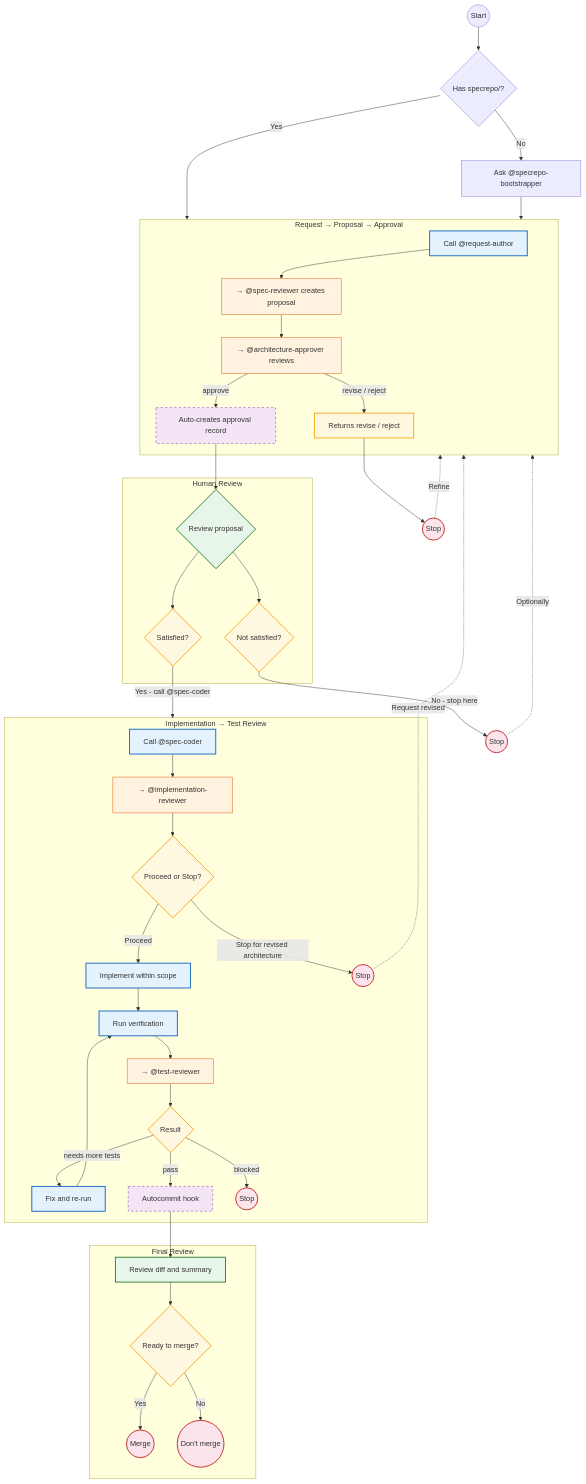
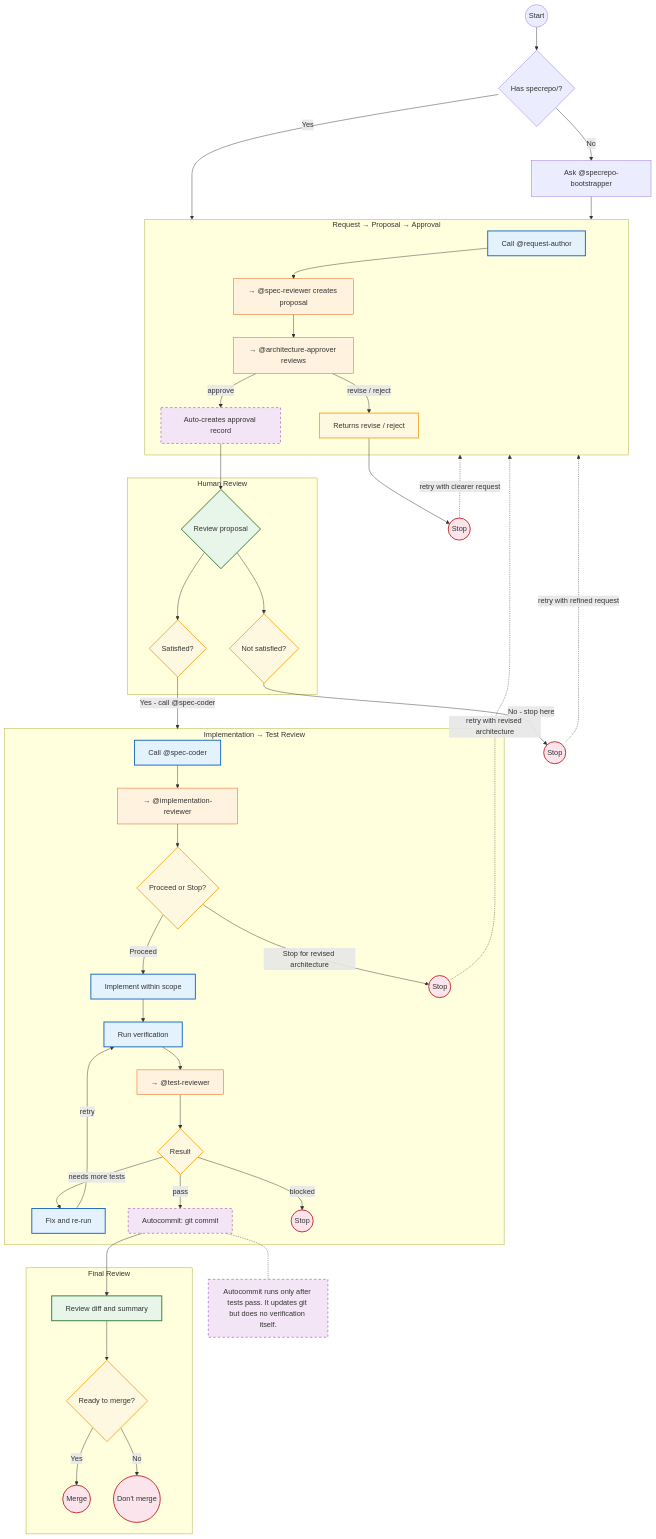
One commit to brandon-benge/opencode-config changed the diagram in feature-development-lifecycle.mmd. Above: the diagram before and after it, drawn with Mermaid. The commit also changed 1 other file, not shown here.

Commit message:
feat(diagrams): clarify autocommit as git-only and add retry loop labels
- Renamed Autocommit node to 'Autocommit: git commit' and added a note
  explaining it runs only after tests pass but does no verification itself.
- Added 'retry' labels on the FixTests -> Verify edge and all stop-to-restart
  paths.
- Updated feature-development.md step tables and best practices to describe
  the retry loop and autocommit's git-only behavior.

```diff
--- a/feature-development-lifecycle.mmd
+++ b/feature-development-lifecycle.mmd
@@ -1,82 +1,85 @@
 graph TD
     classDef human fill:#e8f5e9,stroke:#2e7d32,stroke-width:2px
     classDef primary fill:#e3f2fd,stroke:#1565c0,stroke-width:2px
     classDef subagent fill:#fff3e0,stroke:#e65100,stroke-width:1px
     classDef auto fill:#f3e5f5,stroke:#7b1fa2,stroke-width:1px,stroke-dasharray:5 5
     classDef decision fill:#fff8e1,stroke:#f9a825,stroke-width:2px
     classDef terminal fill:#fce4ec,stroke:#c62828,stroke-width:2px
 
     Start((Start)) --> HasSpecRepo{Has specrepo/?}
     HasSpecRepo -->|No| Bootstrap[Ask @specrepo-bootstrapper]
     HasSpecRepo -->|Yes| RequestPhase
 
     Bootstrap --> RequestPhase
 
     subgraph RequestPhase[Request → Proposal → Approval]
         RequestAuthor[Call @request-author]:::primary
         SpecReviewer[→ @spec-reviewer creates proposal]:::subagent
         ArchApprover[→ @architecture-approver reviews]:::subagent
         AutoApproval[Auto-creates approval record]:::auto
         ReviseReject[Returns revise / reject]:::decision
 
         RequestAuthor --> SpecReviewer
         SpecReviewer --> ArchApprover
         ArchApprover -->|approve| AutoApproval
         ArchApprover -->|revise / reject| ReviseReject
     end
 
     AutoApproval --> HumanReview
 
     subgraph HumanGate[Human Review]
         HumanReview{Review proposal}:::human
         Satisfied{Satisfied?}:::decision
         NotSatisfied{Not satisfied?}:::decision
 
         HumanReview --> Satisfied
         HumanReview --> NotSatisfied
     end
 
     Satisfied -->|Yes - call @spec-coder| ImplPhase
     NotSatisfied -->|No - stop here| StopImpl((Stop)):::terminal
 
     ReviseReject --> StopRev((Stop)):::terminal
 
     subgraph ImplPhase[Implementation → Test Review]
         SpecCoder[Call @spec-coder]:::primary
         ImplReview[→ @implementation-reviewer]:::subagent
         ImplGate{Proceed or Stop?}:::decision
         Implement[Implement within scope]:::primary
         Verify[Run verification]:::primary
         TestReviewer[→ @test-reviewer]:::subagent
         TestResult{Result}:::decision
         FixTests[Fix and re-run]:::primary
-        Autocommit[Autocommit hook]:::auto
+        Autocommit[Autocommit: git commit]:::auto
 
         SpecCoder --> ImplReview
         ImplReview --> ImplGate
         ImplGate -->|Proceed| Implement
         ImplGate -->|Stop for revised architecture| StopArch((Stop)):::terminal
         Implement --> Verify
         Verify --> TestReviewer
         TestReviewer --> TestResult
         TestResult -->|pass| Autocommit
         TestResult -->|needs more tests| FixTests
-        FixTests --> Verify
+        FixTests -->|retry| Verify
         TestResult -->|blocked| StopBlock((Stop)):::terminal
     end
 
     Autocommit --> FinalReview
+
+    NoteAuto["Autocommit runs only after tests pass. It updates git but does no verification itself."]:::auto
+    Autocommit -.- NoteAuto
 
     subgraph MergePhase[Final Review]
         FinalReview[Review diff and summary]:::human
         Merge{Ready to merge?}:::decision
         FinalMerge((Merge)):::terminal
 
         FinalReview --> Merge
         Merge -->|Yes| FinalMerge
         Merge -->|No| Reject((Don't merge)):::terminal
     end
 
-    StopImpl -.->|Optionally| RequestPhase
-    StopRev -.->|Refine| RequestPhase
-    StopArch -.->|Request revised| RequestPhase
+    StopImpl -.->|retry with refined request| RequestPhase
+    StopRev -.->|retry with clearer request| RequestPhase
+    StopArch -.->|retry with revised architecture| RequestPhase
```
